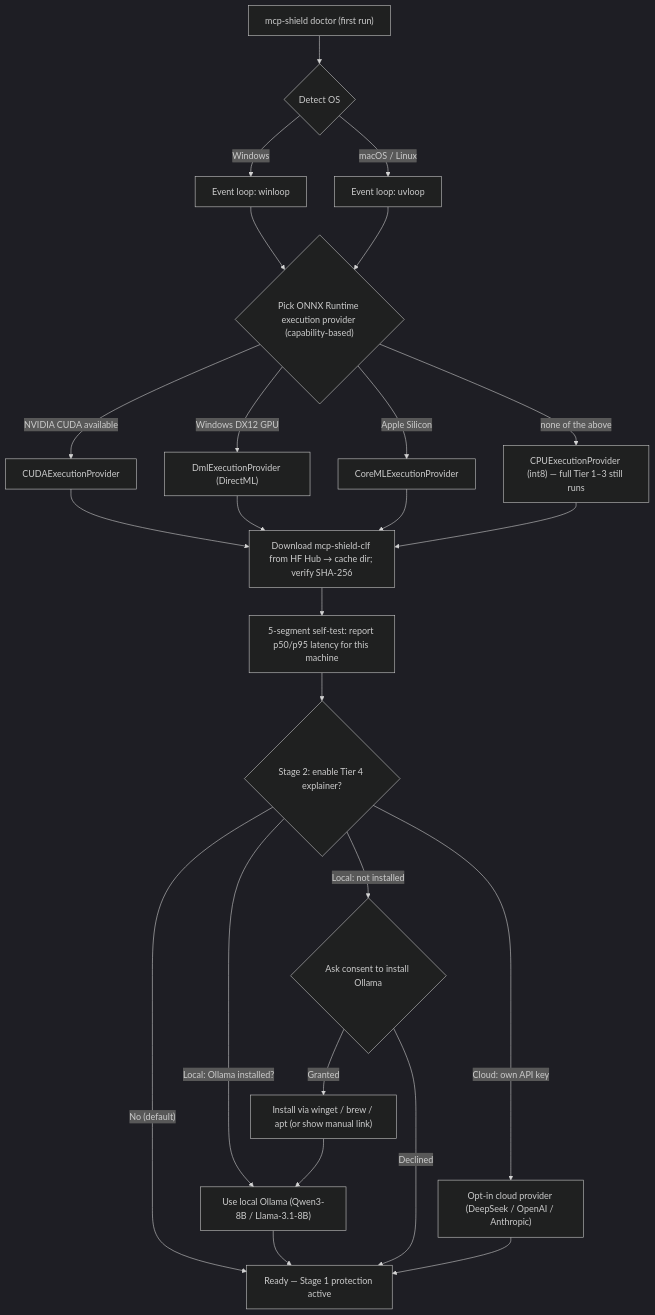
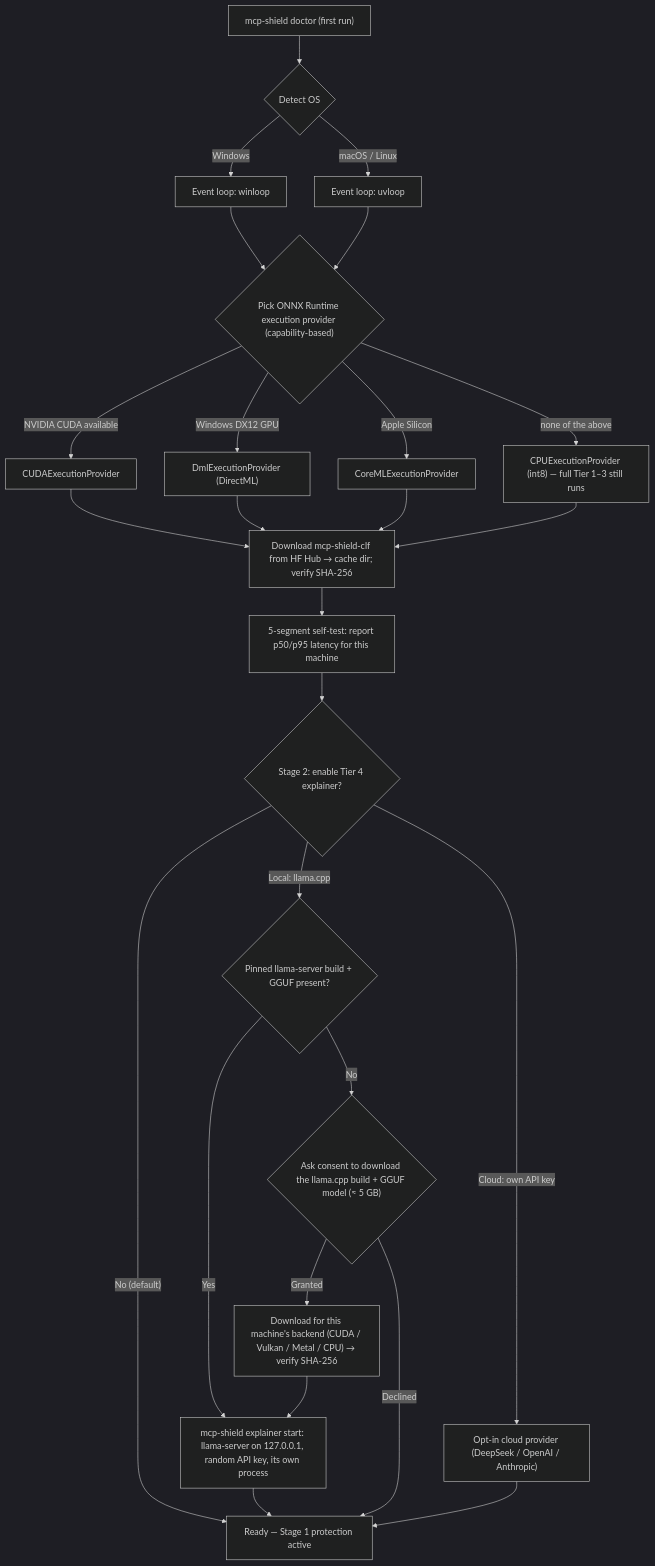
The third of 5 diagrams in 07 - Model Distribution, PyPI Packaging & Local Dashboard.md (rishikeshvarma/MCP-Shield), drawn with Mermaid (dark theme) before and after one commit. The commit also changed other lines of this file and 11 other files, not shown here.

````diff
--- a/07 - Model Distribution, PyPI Packaging & Local Dashboard.md
+++ b/07 - Model Distribution, PyPI Packaging & Local Dashboard.md
@@ -241,29 +245,30 @@
 ```mermaid
 graph TD
     Start["mcp-shield doctor (first run)"] --> OS{"Detect OS"}
     OS -->|Windows| WLoop["Event loop: winloop"]
     OS -->|macOS / Linux| ULoop["Event loop: uvloop"]
 
     WLoop --> EP{"Pick ONNX Runtime execution provider (capability-based)"}
     ULoop --> EP
     EP -->|"NVIDIA CUDA available"| CUDA["CUDAExecutionProvider"]
     EP -->|"Windows DX12 GPU"| DML["DmlExecutionProvider (DirectML)"]
     EP -->|"Apple Silicon"| CoreML["CoreMLExecutionProvider"]
     EP -->|"none of the above"| CPU["CPUExecutionProvider (int8) — full Tier 1–3 still runs"]
 
     CUDA --> Pull["Download mcp-shield-clf from HF Hub → cache dir; verify SHA-256"]
     DML --> Pull
     CoreML --> Pull
     CPU --> Pull
     Pull --> Bench["5-segment self-test: report p50/p95 latency for this machine"]
 
     Bench --> Explainer{"Stage 2: enable Tier 4 explainer?"}
     Explainer -->|"No (default)"| Done["Ready — Stage 1 protection active"]
-    Explainer -->|"Local: Ollama installed?"| OllamaYes["Use local Ollama (Qwen3-8B / Llama-3.1-8B)"]
-    Explainer -->|"Local: not installed"| Consent{"Ask consent to install Ollama"}
-    Consent -->|Granted| Install["Install via winget / brew / apt (or show manual link)"] --> OllamaYes
+    Explainer -->|"Local: llama.cpp"| Have{"Pinned llama-server build + GGUF present?"}
+    Have -->|Yes| LlamaYes["mcp-shield explainer start: llama-server on 127.0.0.1, random API key, its own process"]
+    Have -->|No| Consent{"Ask consent to download the llama.cpp build + GGUF model (≈ 5 GB)"}
+    Consent -->|Granted| Fetch["Download for this machine's backend (CUDA / Vulkan / Metal / CPU) → verify SHA-256"] --> LlamaYes
     Consent -->|Declined| Done
     Explainer -->|"Cloud: own API key"| Cloud["Opt-in cloud provider (DeepSeek / OpenAI / Anthropic)"]
-    OllamaYes --> Done
+    LlamaYes --> Done
     Cloud --> Done
 ```
````
